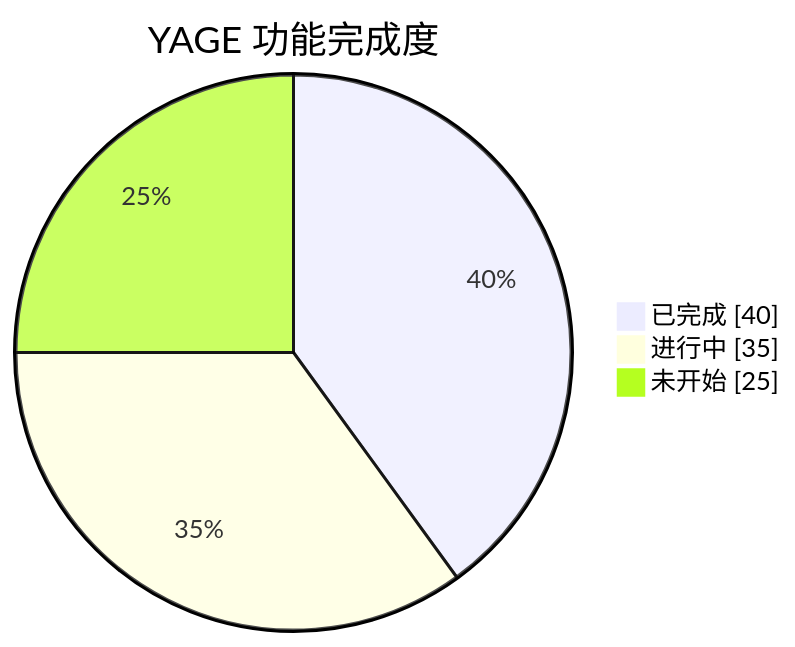
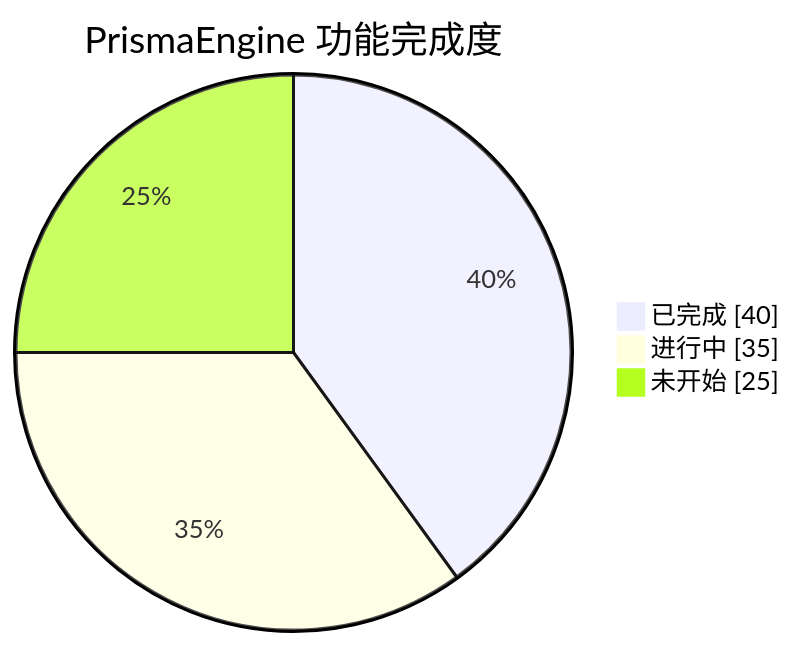
Before and after one commit to Excurs1ons/PrismaEngine: the first of 2 diagrams in docs/Requirements.md, drawn with Mermaid. The commit also changed other lines of this file and 41 other files, not shown here.

````diff
--- a/docs/Requirements.md
+++ b/docs/Requirements.md
@@ -235,7 +235,7 @@
 ```mermaid
 pie showData
-    title YAGE 功能完成度
+    title PrismaEngine 功能完成度
     "已完成" : 40
     "进行中" : 35
     "未开始" : 25
 ```
````
